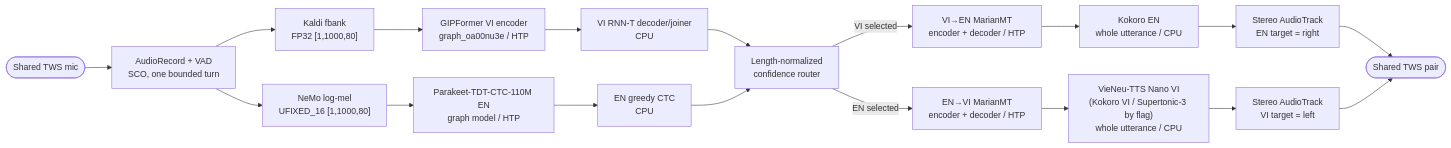
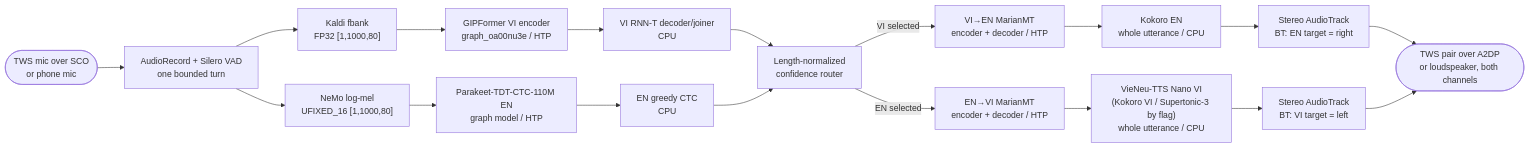
Before and after one commit to KhangPham205/onevoice-link-native: the first of 2 diagrams in docs/ARCHITECTURE.md, drawn with Mermaid. The commit also changed other lines of this file and 21 other files, not shown here.

````diff
--- a/docs/ARCHITECTURE.md
+++ b/docs/ARCHITECTURE.md
@@ -17,22 +20,22 @@
 ```mermaid
 flowchart LR
-  Mic([Shared TWS mic]) --> Capture["AudioRecord + VAD<br/>SCO, one bounded turn"]
+  Mic([TWS mic over SCO<br/>or phone mic]) --> Capture["AudioRecord + Silero VAD<br/>one bounded turn"]
   Capture --> Frontend["Kaldi fbank<br/>FP32 [1,1000,80]"]
   Capture --> NemoFront["NeMo log-mel<br/>UFIXED_16 [1,1000,80]"]
 
   Frontend --> VIEnc["GIPFormer VI encoder<br/>graph_oa00nu3e / HTP"]
   NemoFront --> ENEnc["Parakeet-TDT-CTC-110M EN<br/>graph model / HTP"]
   VIEnc --> VIDec["VI RNN-T decoder/joiner<br/>CPU"]
   ENEnc --> ENDec["EN greedy CTC<br/>CPU"]
   VIDec --> Router["Length-normalized<br/>confidence router"]
   ENDec --> Router
 
   Router -->|VI selected| VIMT["VI→EN MarianMT<br/>encoder + decoder / HTP"]
   Router -->|EN selected| ENMT["EN→VI MarianMT<br/>encoder + decoder / HTP"]
   VIMT --> ENTTS["Kokoro EN<br/>whole utterance / CPU"]
   ENMT --> VITTS["VieNeu-TTS Nano VI<br/>(Kokoro VI / Supertonic-3 by flag)<br/>whole utterance / CPU"]
-  ENTTS --> Right["Stereo AudioTrack<br/>EN target = right"]
-  VITTS --> Left["Stereo AudioTrack<br/>VI target = left"]
-  Right --> Buds([Shared TWS pair])
-  Left --> Buds
+  ENTTS --> Right["Stereo AudioTrack<br/>BT: EN target = right"]
+  VITTS --> Left["Stereo AudioTrack<br/>BT: VI target = left"]
+  Right --> Out([TWS pair over A2DP<br/>or loudspeaker, both channels])
+  Left --> Out
 ```
````
